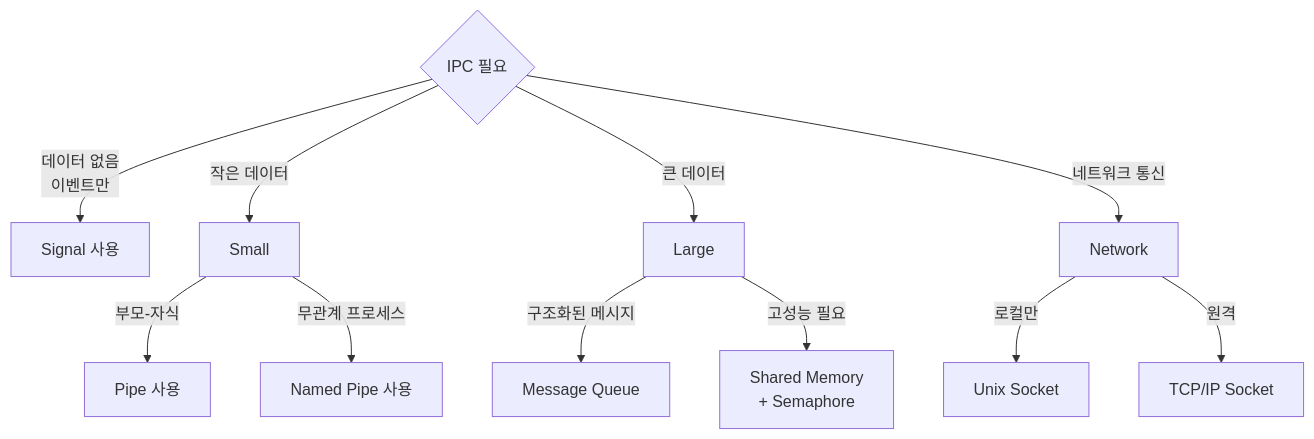
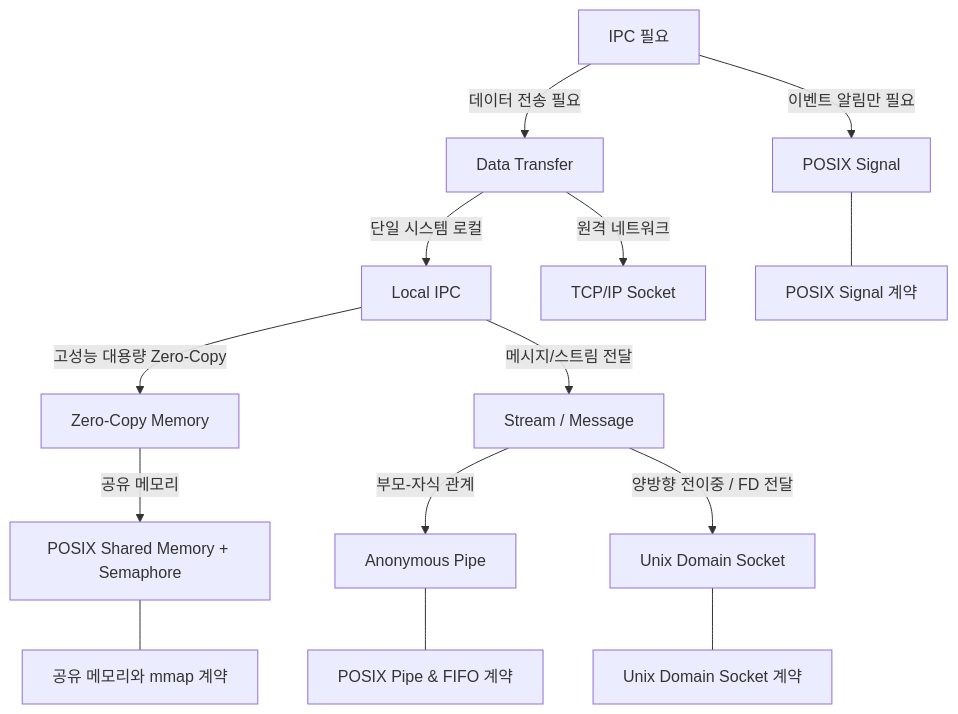
Before and after one commit to youngmin-gwon/what-i-studied: the diagram in 01_inbox/operating-systems/ipc-mechanisms.md, drawn with Mermaid. The commit also changed other lines of this file and 31 other files, not shown here.

````diff
--- a/01_inbox/operating-systems/ipc-mechanisms.md
+++ b/01_inbox/operating-systems/ipc-mechanisms.md
@@ -353,17 +37,21 @@
 ```mermaid
 graph TD
-    Start{IPC 필요}
-    Start -->|데이터 없음<br/>이벤트만| Signal[Signal 사용]
-    Start -->|작은 데이터| Small
-    Start -->|큰 데이터| Large
-    
-    Small -->|부모-자식| Pipe[Pipe 사용]
-    Small -->|무관계 프로세스| FIFO[Named Pipe 사용]
-    
-    Large -->|구조화된 메시지| MQ[Message Queue]
-    Large -->|고성능 필요| SHM[Shared Memory<br/>+ Semaphore]
-    
-    Start -->|네트워크 통신| Network
-    Network -->|로컬만| Unix[Unix Socket]
-    Network -->|원격| TCP[TCP/IP Socket]
+    Start["IPC 필요"]
+    Start -->|이벤트 알림만 필요| Signal["POSIX Signal"]
+    Start -->|데이터 전송 필요| Data["Data Transfer"]
+
+    Data -->|단일 시스템 로컬| Local["Local IPC"]
+    Data -->|원격 네트워크| Network["TCP/IP Socket"]
+
+    Local -->|고성능 대용량 Zero-Copy| FastMemory["Zero-Copy Memory"]
+    Local -->|메시지/스트림 전달| Stream["Stream / Message"]
+
+    FastMemory -->|공유 메모리| SHM["POSIX Shared Memory + Semaphore"]
+    Stream -->|부모-자식 관계| Pipe["Anonymous Pipe"]
+    Stream -->|양방향 전이중 / FD 전달| UnixSock["Unix Domain Socket"]
+
+    Signal --- RefSignal["POSIX Signal 계약"]
+    SHM --- RefSHM["공유 메모리와 mmap 계약"]
+    Pipe --- RefPipe["POSIX Pipe & FIFO 계약"]
+    UnixSock --- RefSock["Unix Domain Socket 계약"]
 ```
````
